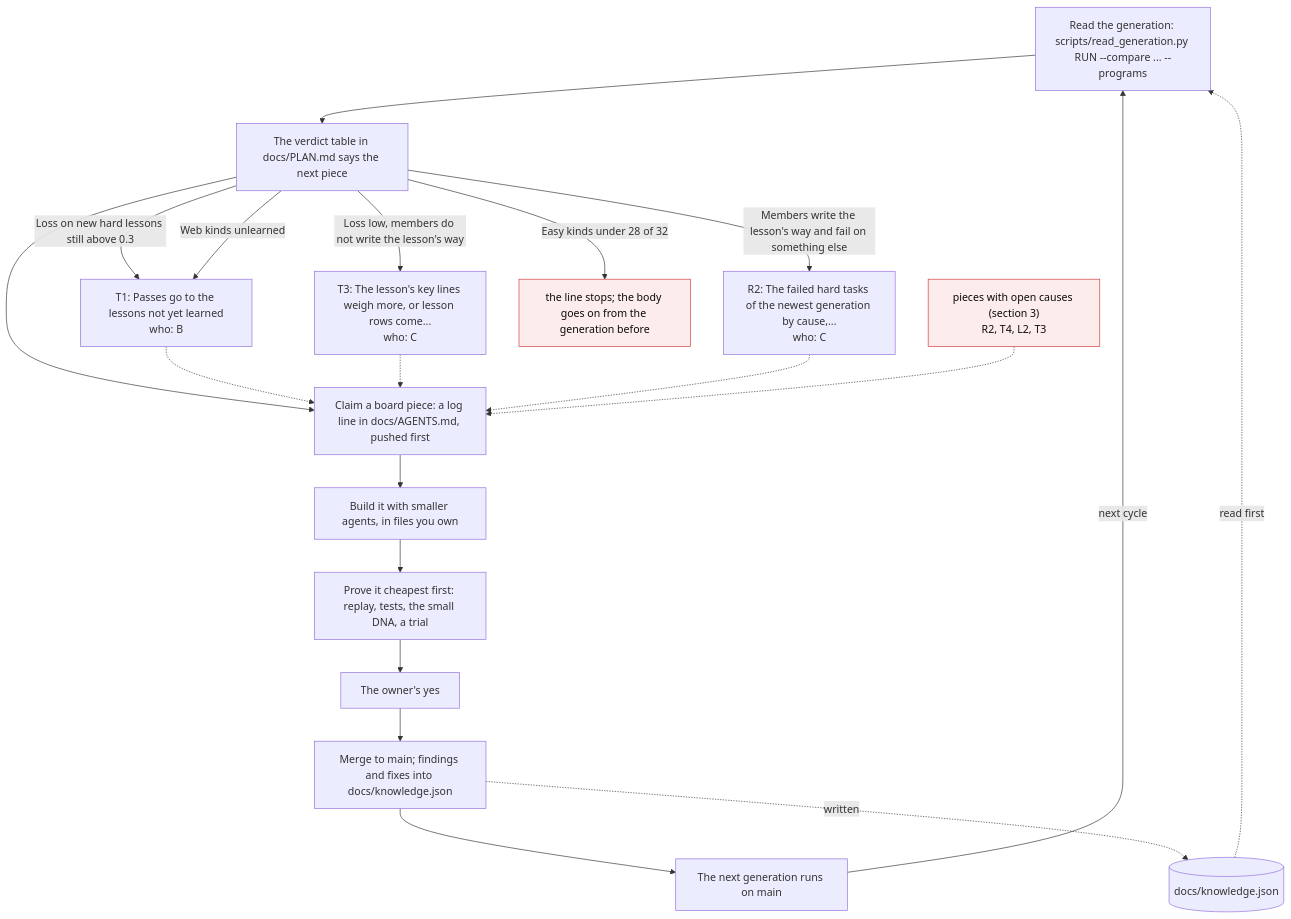
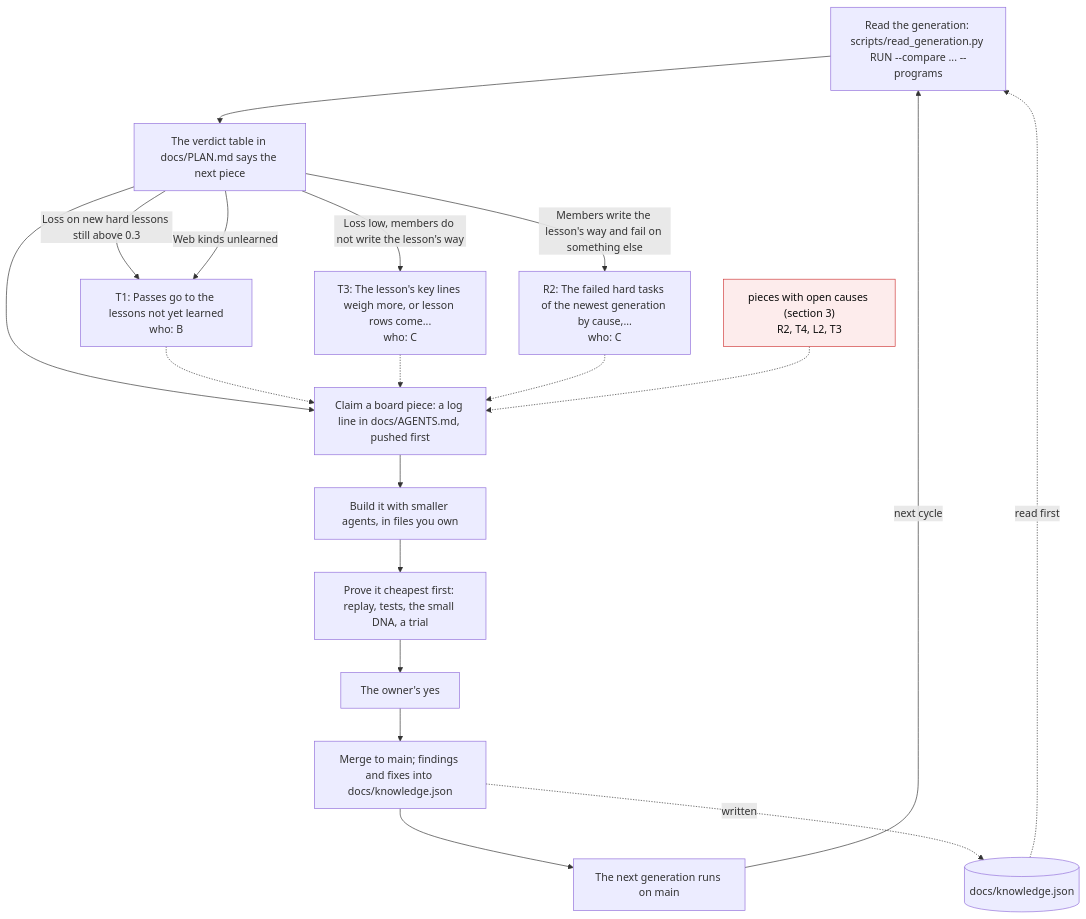
Before and after one commit to Arnav123-s/HiveMIND: the second of 4 diagrams in docs/KNOWLEDGE.md, drawn with Mermaid. The commit also changed 5 other files, not shown here.

First line of the commit message:
The paired gate: a growing body sits before and after on the same 8 seeds and keeps or drops its children by itself

````diff
--- a/docs/KNOWLEDGE.md
+++ b/docs/KNOWLEDGE.md
@@ -47,37 +47,35 @@
 ```mermaid
 flowchart TD
   readgen["Read the generation: scripts/read_generation.py RUN --compare ... --programs"]
   verdict["The verdict table in docs/PLAN.md says the next piece"]
   claim["Claim a board piece: a log line in docs/AGENTS.md, pushed first"]
   build["Build it with smaller agents, in files you own"]
   prove["Prove it cheapest first: replay, tests, the small DNA, a trial"]
   yes["The owner's yes"]
   merge["Merge to main; findings and fixes into docs/knowledge.json"]
   next["The next generation runs on main"]
   readgen --> verdict
   verdict --> claim
   claim --> build
   build --> prove
   prove --> yes
   yes --> merge
   merge --> next
   next -->|next cycle| readgen
   verdict -->|"Loss on new hard lessons still above 0.3"| pc_T1
   pc_T1["T1: Passes go to the lessons not yet learned<br/>who: B"]
   pc_T1 -.-> claim
   verdict -->|"Loss low, members do not write the lesson's way"| pc_T3
   pc_T3["T3: The lesson's key lines weigh more, or lesson rows come...<br/>who: C"]
   pc_T3 -.-> claim
   verdict -->|"Members write the lesson's way and fail on something else"| pc_R2
   pc_R2["R2: The failed hard tasks of the newest generation by cause,...<br/>who: C"]
   pc_R2 -.-> claim
   verdict -->|"Web kinds unlearned"| pc_T1
-  vstop4["the line stops; the body goes on from the generation before"]:::open
-  verdict -->|"Easy kinds under 28 of 32"| vstop4
   waiting["pieces with open causes (section 3)<br/>R2, T4, L2, T3"]:::open
   waiting -.-> claim
   kj[(docs/knowledge.json)]
   kj -.->|read first| readgen
   merge -.->|written| kj
   classDef open fill:#fdecec,stroke:#d03b3b,color:#0b0b0b
 ```
````
